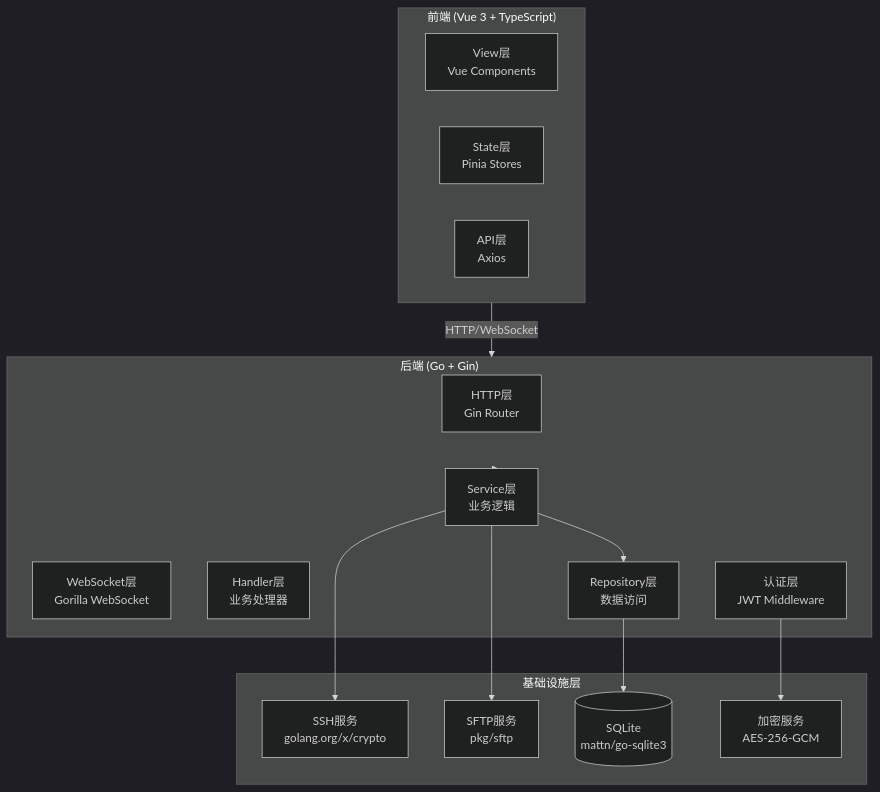
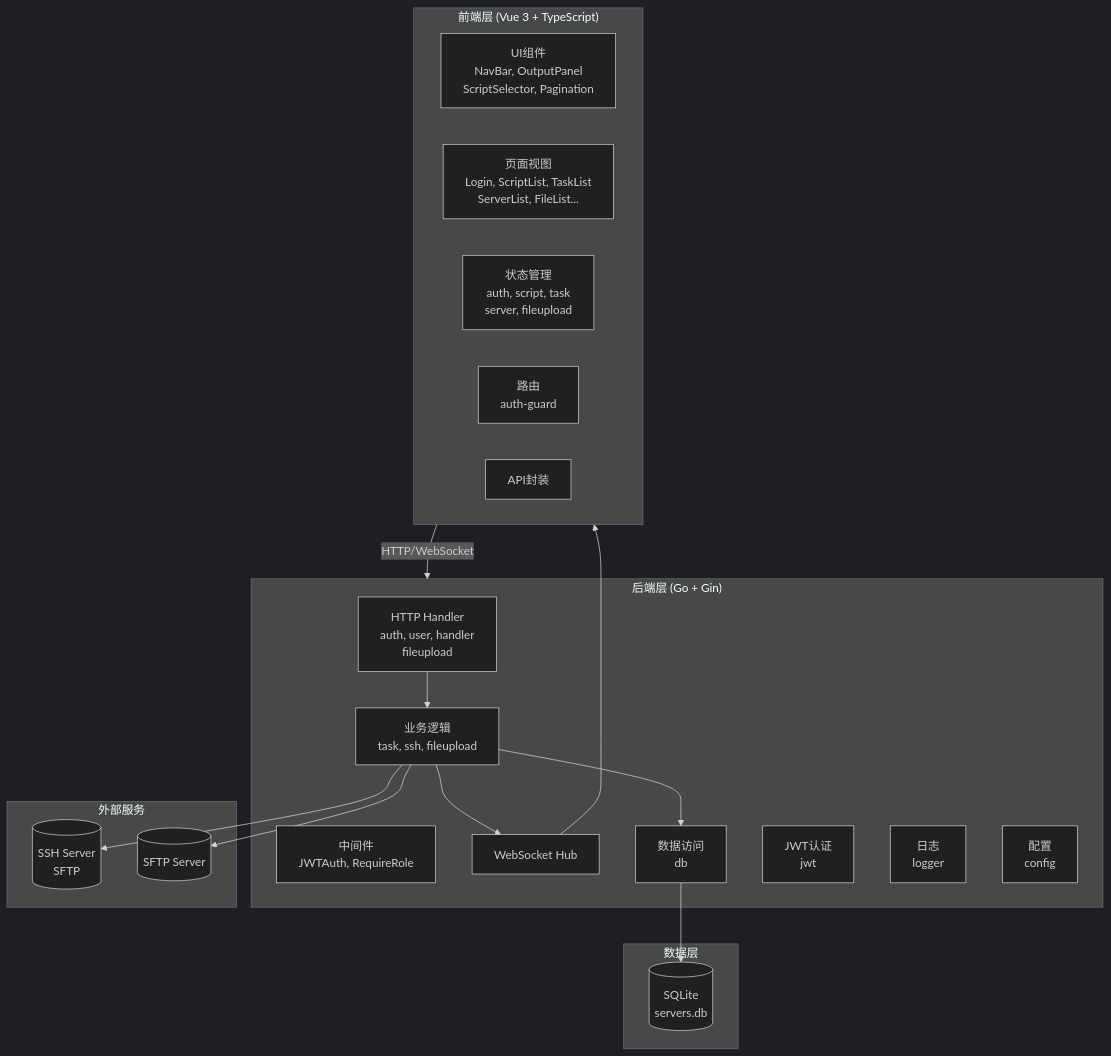
One commit to gcggcg/node-pilot changed the first of 8 diagrams in docs/modules/node-pilot.md. Above: the diagram before and after it, drawn with Mermaid (dark theme). The commit also changed other lines of this file and 534 other files, not shown here.

````diff
--- a/docs/modules/node-pilot.md
+++ b/docs/modules/node-pilot.md
@@ -19,32 +17,39 @@
 ```mermaid
 graph TB
-    subgraph Frontend["前端 (Vue 3 + TypeScript)"]
-        UI[View层<br/>Vue Components]
-        Stores[State层<br/>Pinia Stores]
-        API[API层<br/>Axios]
+    subgraph 前端层["前端层 (Vue 3 + TypeScript)"]
+        UI[UI组件<br/>NavBar, OutputPanel<br/>ScriptSelector, Pagination]
+        Views[页面视图<br/>Login, ScriptList, TaskList<br/>ServerList, FileList...]
+        Stores[状态管理<br/>auth, script, task<br/>server, fileupload]
+        Router[路由<br/>auth-guard]
+        API[API封装]
     end
 
-    subgraph Backend["后端 (Go + Gin)"]
-        HTTP[HTTP层<br/>Gin Router]
-        WS[WebSocket层<br/>Gorilla WebSocket]
-        Handler[Handler层<br/>业务处理器]
-        Service[Service层<br/>业务逻辑]
-        Repository[Repository层<br/>数据访问]
-        Auth[认证层<br/>JWT Middleware]
+    subgraph 后端层["后端层 (Go + Gin)"]
+        HTTP[HTTP Handler<br/>auth, user, handler<br/>fileupload]
+        Middleware[中间件<br/>JWTAuth, RequireRole]
+        Service[业务逻辑<br/>task, ssh, fileupload]
+        WebSocket[WebSocket Hub]
+        Repository[数据访问<br/>db]
+        Auth[JWT认证<br/>jwt]
+        Logger[日志<br/>logger]
+        Config[配置<br/>config]
     end
 
-    subgraph Infrastructure["基础设施层"]
-        SSH[SSH服务<br/>golang.org/x/crypto]
-        SFTP[SFTP服务<br/>pkg/sftp]
-        DB[(SQLite<br/>mattn/go-sqlite3)]
-        Crypto[加密服务<br/>AES-256-GCM]
+    subgraph 数据层["数据层"]
+        SQLite[(SQLite<br/>servers.db)]
     end
 
-    Frontend -->|HTTP/WebSocket| Backend
-    Backend --> Service
+    subgraph 外部服务["外部服务"]
+        SSH[(SSH Server<br/>SFTP)]
+        SFTP[(SFTP Server)]
+    end
+
+    前端层 -->|HTTP/WebSocket| 后端层
+    HTTP --> Service
     Service --> Repository
+    Repository --> SQLite
+    Service --> WebSocket
+    WebSocket --> 前端层
     Service --> SSH
     Service --> SFTP
-    Repository --> DB
-    Auth --> Crypto
 ```
````
